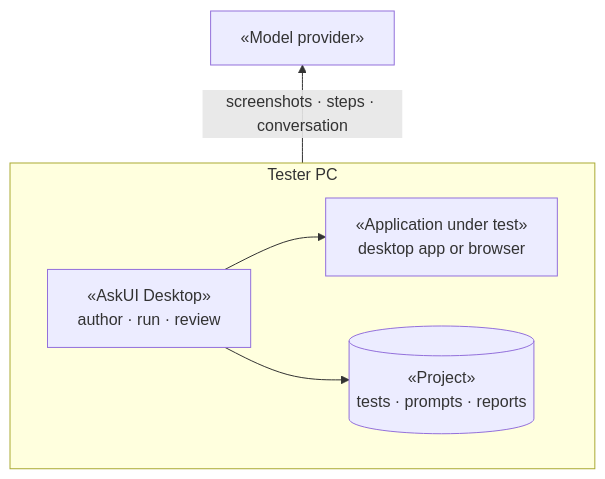
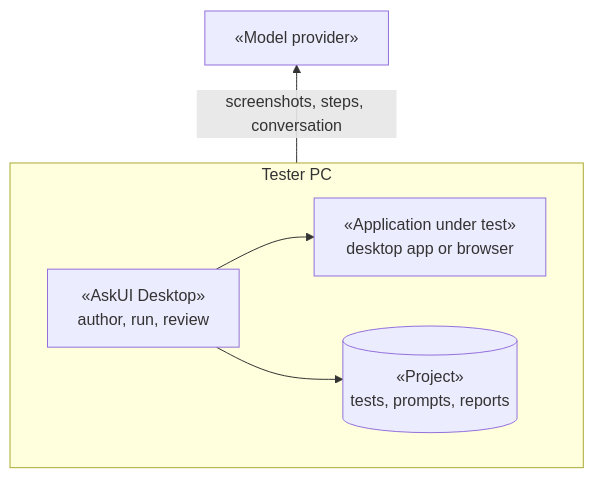
Before and after one commit to askui/docs-rewrite: the first of 2 diagrams in content/docs/concepts/enterprise-fit.mdx, drawn with Mermaid. The commit also changed other lines of this file and 5 other files, not shown here.

First line of the commit message:
docs: drop interpunct separators from diagram labels and step headings

````diff
--- a/content/docs/concepts/enterprise-fit.mdx
+++ b/content/docs/concepts/enterprise-fit.mdx
@@ -19,12 +19,12 @@
 ```mermaid
 flowchart BT
   subgraph pc["Tester PC"]
     direction LR
-    D["«AskUI Desktop»<br/>author · run · review"]
+    D["«AskUI Desktop»<br/>author, run, review"]
     A["«Application under test»<br/>desktop app or browser"]
-    F[("«Project»<br/>tests · prompts · reports")]
+    F[("«Project»<br/>tests, prompts, reports")]
     D --> A
     D --> F
   end
-  pc -->|"screenshots · steps · conversation"| M["«Model provider»"]
+  pc -->|"screenshots, steps, conversation"| M["«Model provider»"]
 ```
````
